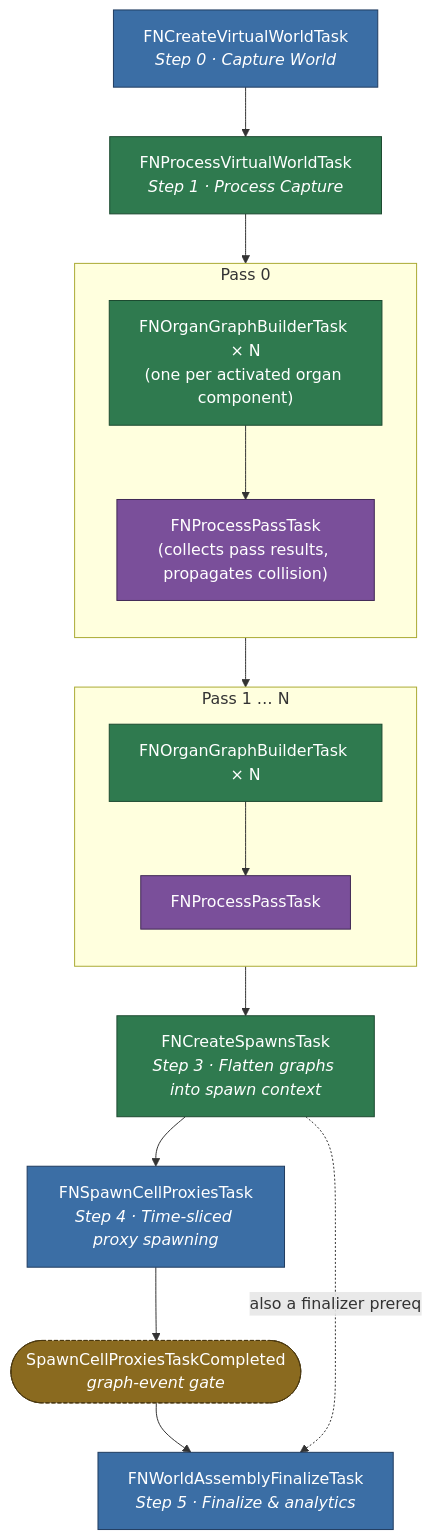
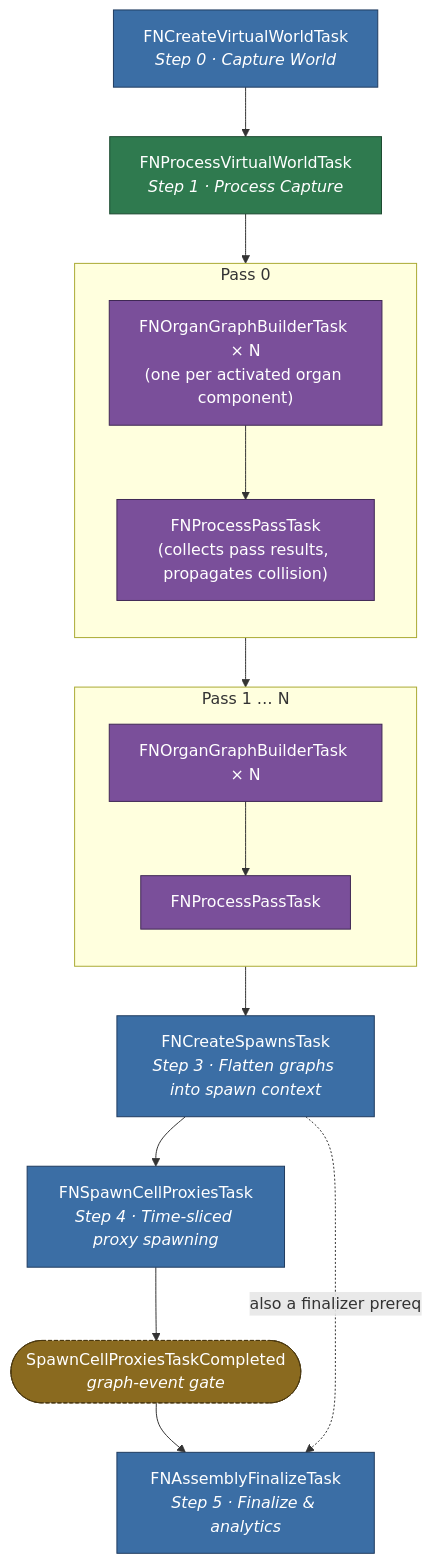
Before and after one commit to dotBunny/NEXUS.Docs: the diagram in docs/plugins/world-assembly/assembly/process.md, drawn with Mermaid. The commit also changed other lines of this file and 17 other files, not shown here.

````diff
--- a/docs/plugins/world-assembly/assembly/process.md
+++ b/docs/plugins/world-assembly/assembly/process.md
@@ -11,38 +11,38 @@
 ```mermaid
 flowchart TD
   classDef gameThread fill:#3b6ea5,stroke:#1f3b5f,color:#fff
   classDef anyThread  fill:#2f7a4f,stroke:#1c4a30,color:#fff
   classDef bgThread   fill:#7a4f9a,stroke:#3f2854,color:#fff
   classDef gate       fill:#8a6a1f,stroke:#4a3810,color:#fff,stroke-dasharray: 4 2
 
   CreateVW["FNCreateVirtualWorldTask<br/><i>Step 0 · Capture World</i>"]:::gameThread
   ProcessVW["FNProcessVirtualWorldTask<br/><i>Step 1 · Process Capture</i>"]:::anyThread
 
   subgraph Pass0["Pass 0"]
     direction TB
-    Organ0["FNOrganGraphBuilderTask × N<br/>(one per activated organ component)"]:::anyThread
+    Organ0["FNOrganGraphBuilderTask × N<br/>(one per activated organ component)"]:::bgThread
     ProcPass0["FNProcessPassTask<br/>(collects pass results, propagates collision)"]:::bgThread
     Organ0 --> ProcPass0
   end
 
   subgraph PassN["Pass 1 … N"]
     direction TB
-    OrganN["FNOrganGraphBuilderTask × N"]:::anyThread
+    OrganN["FNOrganGraphBuilderTask × N"]:::bgThread
     ProcPassN["FNProcessPassTask"]:::bgThread
     OrganN --> ProcPassN
   end
 
-  CreateSpawns["FNCreateSpawnsTask<br/><i>Step 3 · Flatten graphs into spawn context</i>"]:::anyThread
+  CreateSpawns["FNCreateSpawnsTask<br/><i>Step 3 · Flatten graphs into spawn context</i>"]:::gameThread
   SpawnProxies["FNSpawnCellProxiesTask<br/><i>Step 4 · Time-sliced proxy spawning</i>"]:::gameThread
   SpawnGate(["SpawnCellProxiesTaskCompleted<br/><i>graph-event gate</i>"]):::gate
-  Finalize["FNWorldAssemblyFinalizeTask<br/><i>Step 5 · Finalize &amp; analytics</i>"]:::gameThread
+  Finalize["FNAssemblyFinalizeTask<br/><i>Step 5 · Finalize &amp; analytics</i>"]:::gameThread
 
   CreateVW --> ProcessVW
   ProcessVW --> Organ0
   ProcPass0 --> OrganN
   ProcPassN --> CreateSpawns
   CreateSpawns --> SpawnProxies
   SpawnProxies --> SpawnGate
   SpawnGate --> Finalize
   CreateSpawns -.->|also a finalizer prereq| Finalize
 ```
````
